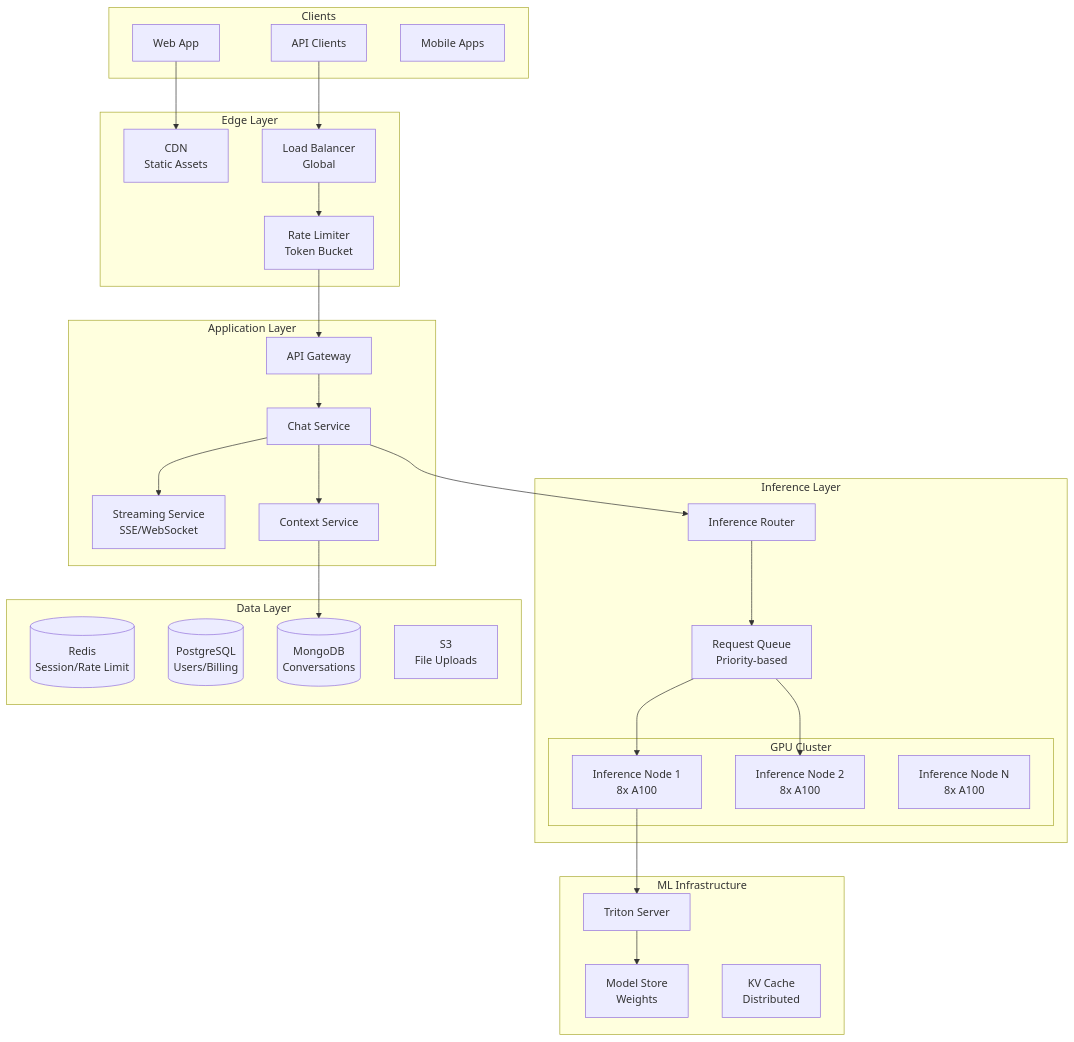
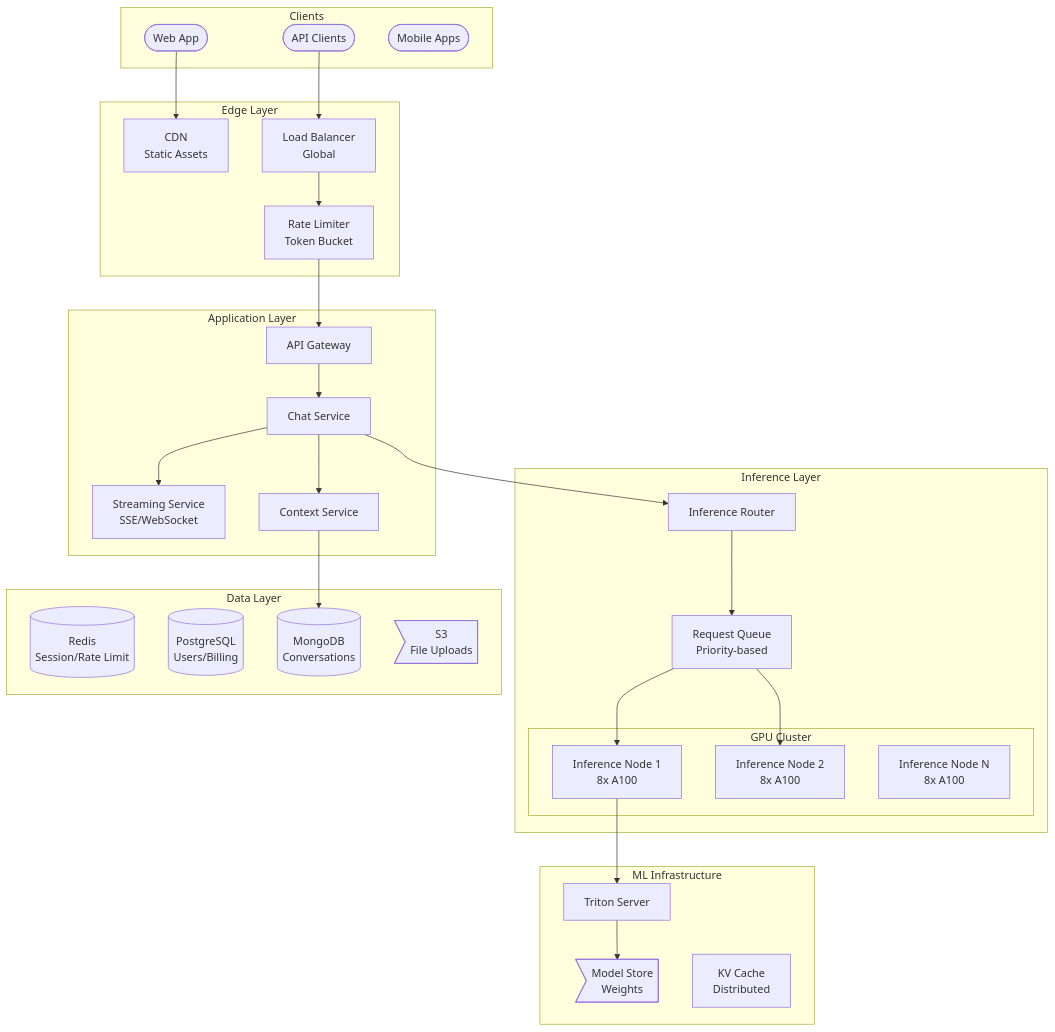
The diagram in docs/prep/System Design/06-Case-Studies/03-chatgpt.md (ShanmugaGanesh1999/Portfolio), drawn with Mermaid before and after one commit. The commit also changed 40 other files, not shown here.

First line of the commit message:
Refactor diagram node rendering to use reusable shape components

````diff
--- a/docs/prep/System Design/06-Case-Studies/03-chatgpt.md
+++ b/docs/prep/System Design/06-Case-Studies/03-chatgpt.md
@@ -54,60 +54,60 @@
 ```mermaid
 graph TD
     subgraph Clients
-        WEB[Web App]
-        API_CLIENT[API Clients]
-        MOBILE[Mobile Apps]
+        WEB([Web App])
+        API_CLIENT([API Clients])
+        MOBILE([Mobile Apps])
     end
     
     subgraph Edge Layer
         CDN[CDN<br/>Static Assets]
         LB[Load Balancer<br/>Global]
         RATE[Rate Limiter<br/>Token Bucket]
     end
     
     subgraph Application Layer
         GATEWAY[API Gateway]
         CHAT[Chat Service]
         STREAM[Streaming Service<br/>SSE/WebSocket]
         CTX[Context Service]
     end
     
     subgraph Inference Layer
         ROUTER[Inference Router]
         QUEUE[Request Queue<br/>Priority-based]
         
         subgraph GPU Cluster
             INF1[Inference Node 1<br/>8x A100]
             INF2[Inference Node 2<br/>8x A100]
             INF3[Inference Node N<br/>8x A100]
         end
     end
     
     subgraph Data Layer
         REDIS[(Redis<br/>Session/Rate Limit)]
         PG[(PostgreSQL<br/>Users/Billing)]
         MONGO[(MongoDB<br/>Conversations)]
-        S3[S3<br/>File Uploads]
+        S3>S3<br/>File Uploads]
     end
     
     subgraph ML Infrastructure
-        MODEL_STORE[Model Store<br/>Weights]
+        MODEL_STORE>Model Store<br/>Weights]
         TRITON[Triton Server]
         KV_CACHE[KV Cache<br/>Distributed]
     end
     
     WEB --> CDN
     API_CLIENT --> LB
     LB --> RATE
     RATE --> GATEWAY
     GATEWAY --> CHAT
     CHAT --> STREAM
     CHAT --> CTX
     CTX --> MONGO
     CHAT --> ROUTER
     ROUTER --> QUEUE
     QUEUE --> INF1
     QUEUE --> INF2
     INF1 --> TRITON
     TRITON --> MODEL_STORE
 ```
````
